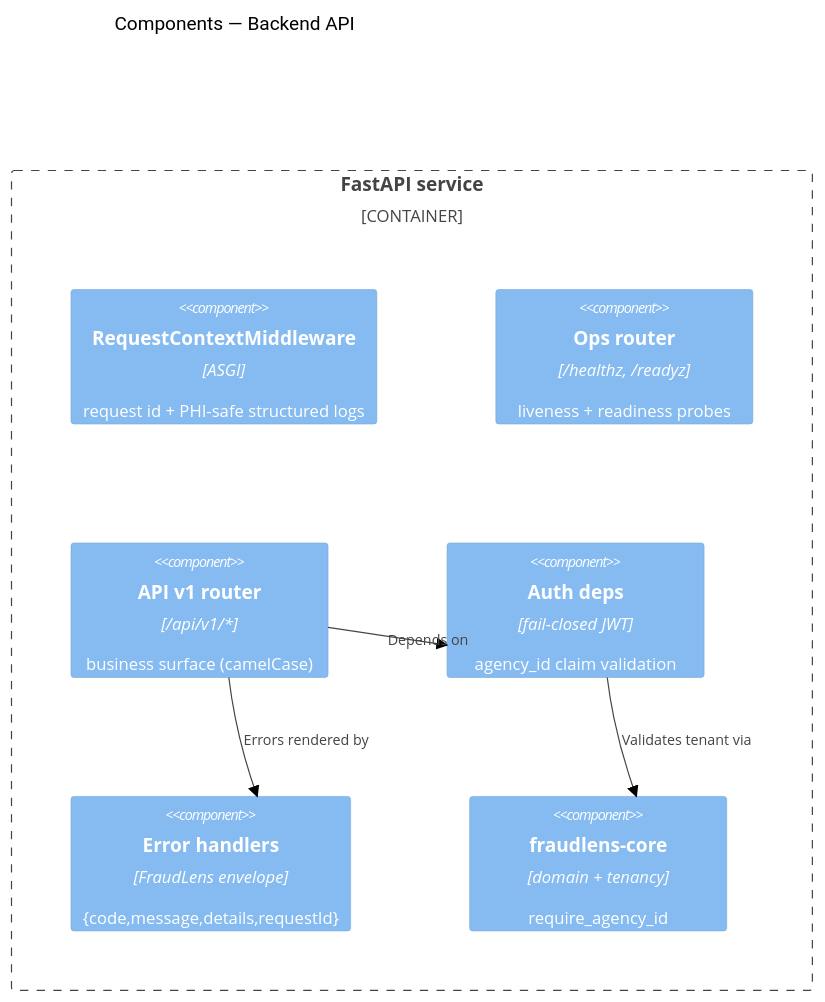
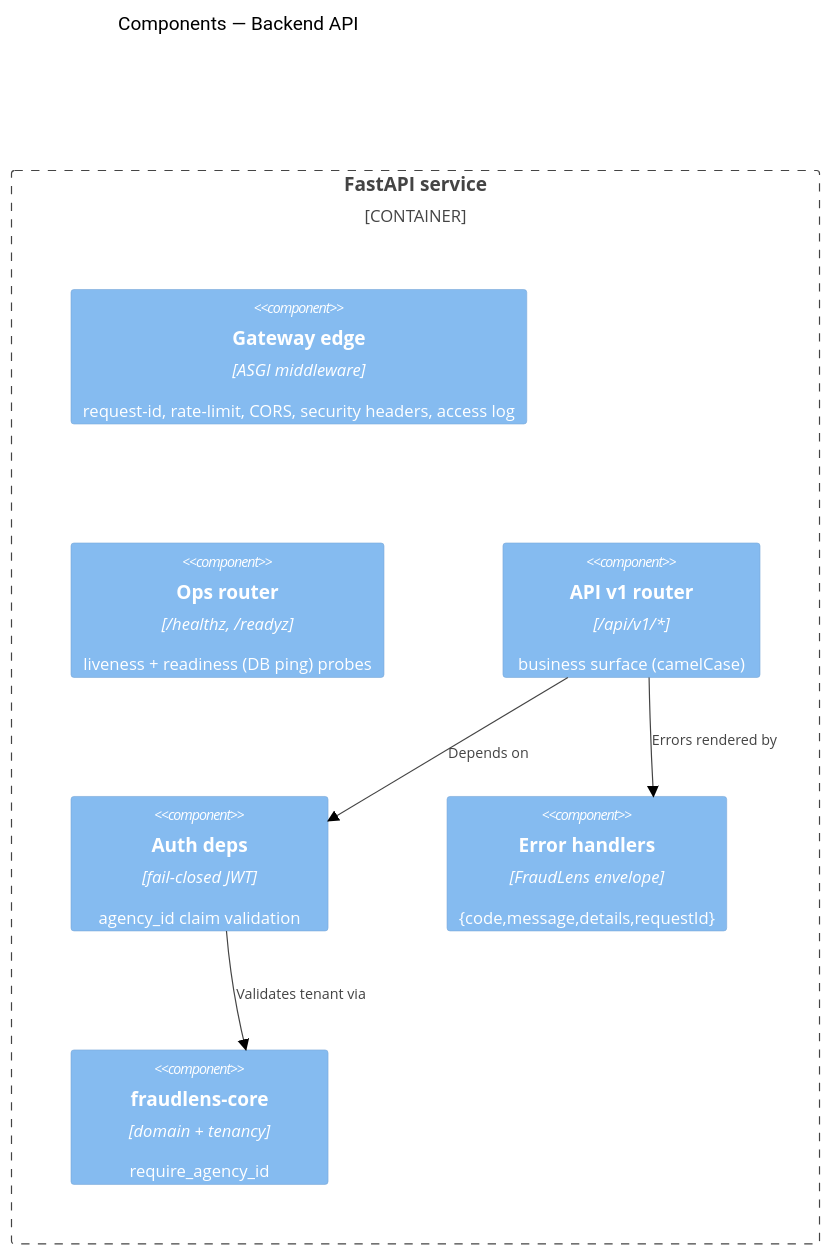
One commit to Kartik-Hirijaganer/FraudLens changed the third of 8 diagrams in docs/architecture/ARCHITECTURE.md. Above: the diagram before and after it, drawn with Mermaid (forest theme). The commit also changed other lines of this file and 41 other files, not shown here.

````diff
--- a/docs/architecture/ARCHITECTURE.md
+++ b/docs/architecture/ARCHITECTURE.md
@@ -49,15 +49,15 @@
 ```mermaid
 C4Component
     title Components — Backend API
     Container_Boundary(api, "FastAPI service") {
-        Component(mw, "RequestContextMiddleware", "ASGI", "request id + PHI-safe structured logs")
-        Component(ops, "Ops router", "/healthz, /readyz", "liveness + readiness probes")
+        Component(gw, "Gateway edge", "ASGI middleware", "request-id, rate-limit, CORS, security headers, access log")
+        Component(ops, "Ops router", "/healthz, /readyz", "liveness + readiness (DB ping) probes")
         Component(v1, "API v1 router", "/api/v1/*", "business surface (camelCase)")
         Component(deps, "Auth deps", "fail-closed JWT", "agency_id claim validation")
         Component(errors, "Error handlers", "FraudLens envelope", "{code,message,details,requestId}")
         Component(core, "fraudlens-core", "domain + tenancy", "require_agency_id")
     }
     Rel(v1, deps, "Depends on")
     Rel(deps, core, "Validates tenant via")
     Rel(v1, errors, "Errors rendered by")
 ```
````
